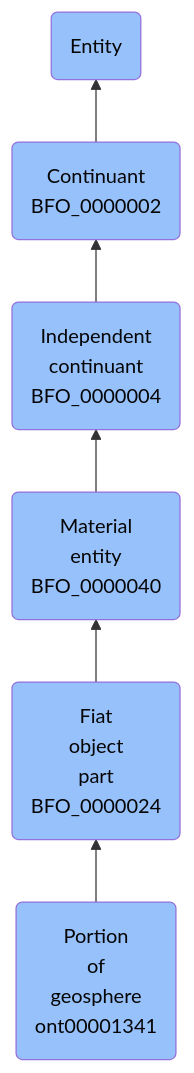
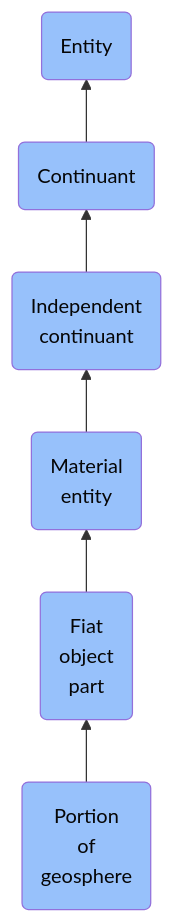
Before and after one commit to jupyter-naas/abi: the diagram in docs/ontology/reference/model/Entity/Continuant/Independent continuant/Material entity/Fiat object part/Portion of geosphere/Portion of geosphere.md, drawn with Mermaid. The commit also changed other lines of this file and 1430 other files, not shown here.

````diff
--- a/docs/ontology/reference/model/Entity/Continuant/Independent continuant/Material entity/Fiat object part/Portion of geosphere/Portion of geosphere.md
+++ b/docs/ontology/reference/model/Entity/Continuant/Independent continuant/Material entity/Fiat object part/Portion of geosphere/Portion of geosphere.md
@@ -24,13 +24,13 @@
 ```mermaid
 graph BT
-    ont00001341(Portion<br>of<br>geosphere<br>ont00001341):::BFO-->BFO_0000024
-    BFO_0000024(Fiat<br>object<br>part<br>BFO_0000024):::BFO-->BFO_0000040
-    BFO_0000040(Material<br>entity<br>BFO_0000040):::BFO-->BFO_0000004
-    BFO_0000004(Independent<br>continuant<br>BFO_0000004):::BFO-->BFO_0000002
-    BFO_0000002(Continuant<br>BFO_0000002):::BFO-->BFO_0000001
+    ont00001341(Portion<br>of<br>geosphere):::BFO-->BFO_0000024
+    BFO_0000024(Fiat<br>object<br>part):::BFO-->BFO_0000040
+    BFO_0000040(Material<br>entity):::BFO-->BFO_0000004
+    BFO_0000004(Independent<br>continuant):::BFO-->BFO_0000002
+    BFO_0000002(Continuant):::BFO-->BFO_0000001
     BFO_0000001(Entity):::BFO
     
     classDef BFO fill:#97c1fb,color:#060606
     classDef CCO fill:#e4c51e,color:#060606
     classDef ABI fill:#48DD82,color:#060606
 ```
````
